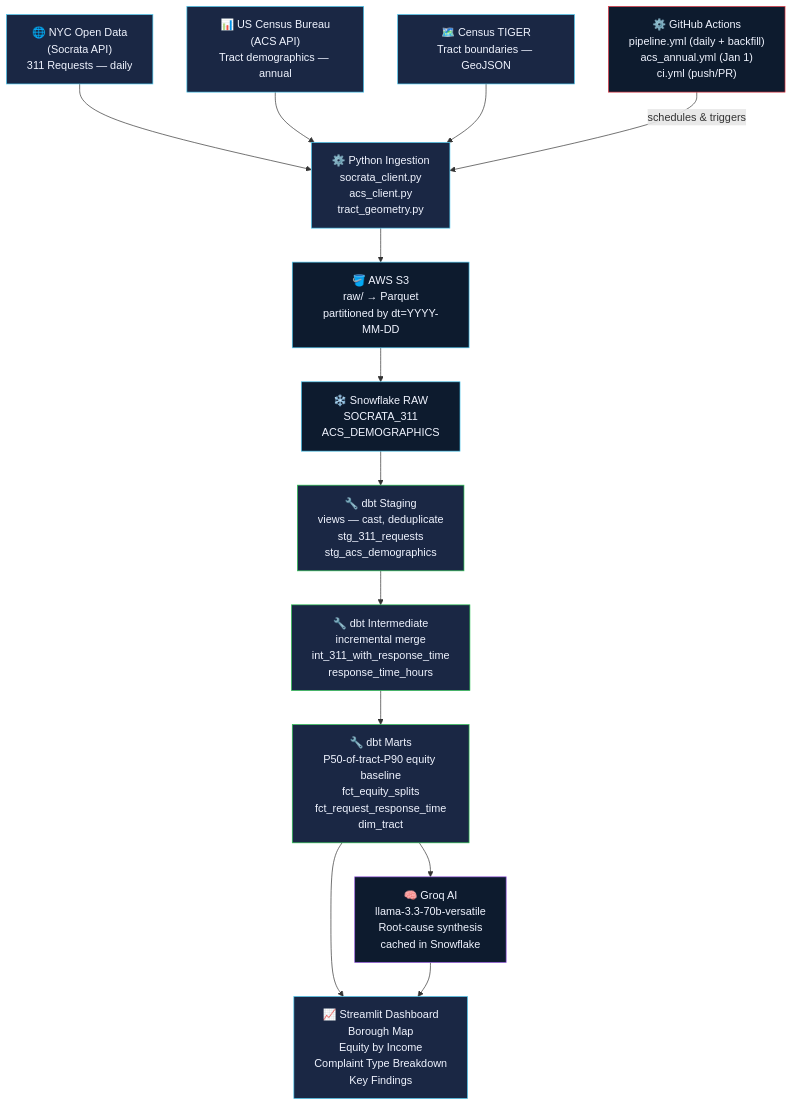
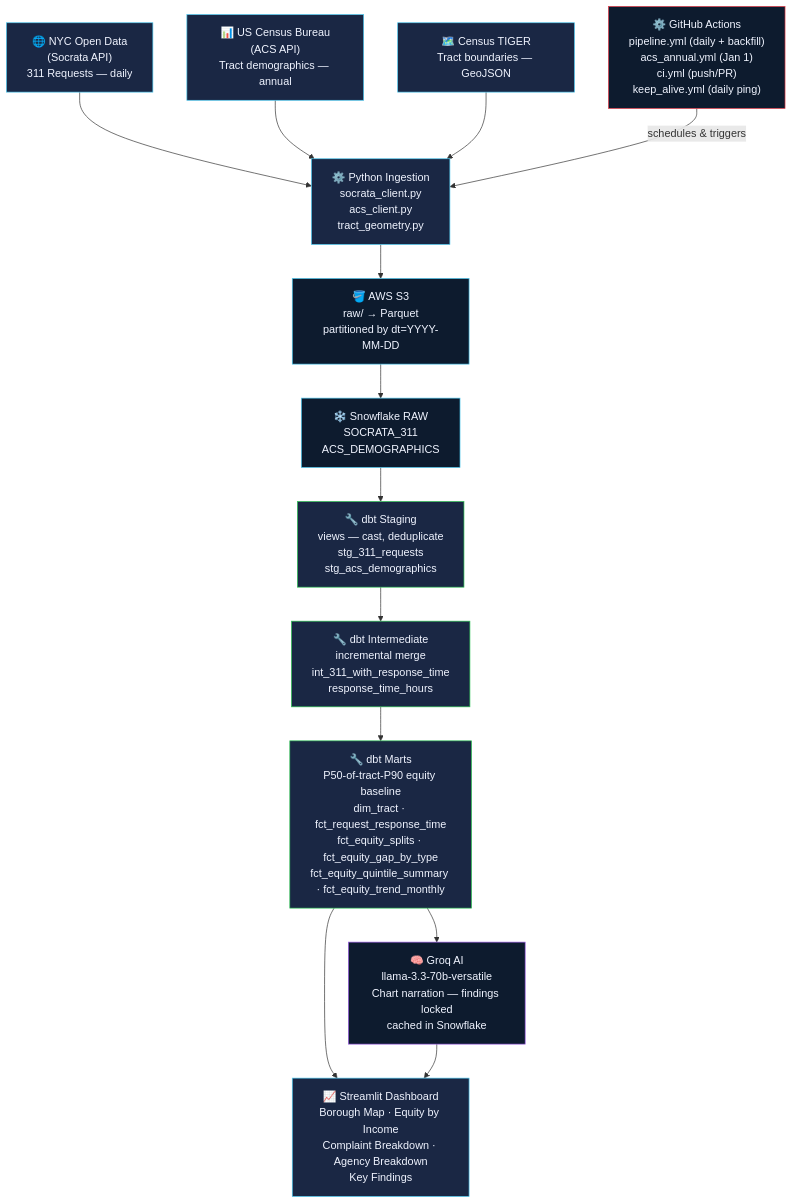
Before and after one commit to Souru0712/NYC-311-service-equity: the diagram in README.md, drawn with Mermaid. The commit also changed other lines of this file and 1 other file, not shown here.

````diff
--- a/README.md
+++ b/README.md
@@ -33,43 +33,43 @@
 ```mermaid
 flowchart TD
     A["🌐 NYC Open Data\n(Socrata API)\n311 Requests — daily"]:::source
     B["📊 US Census Bureau\n(ACS API)\nTract demographics — annual"]:::source
     C["🗺️ Census TIGER\nTract boundaries — GeoJSON"]:::source
 
     D["⚙️ Python Ingestion\nsocrata_client.py\nacs_client.py\ntract_geometry.py"]:::ingest
     E["🪣 AWS S3\nraw/ → Parquet\npartitioned by dt=YYYY-MM-DD"]:::storage
 
     F["❄️ Snowflake RAW\nSOCRATA_311\nACS_DEMOGRAPHICS"]:::warehouse
 
     H["🔧 dbt Staging\nviews — cast, deduplicate\nstg_311_requests\nstg_acs_demographics"]:::transform
     I["🔧 dbt Intermediate\nincremental merge\nint_311_with_response_time\nresponse_time_hours"]:::transform
-    J["🔧 dbt Marts\nP50-of-tract-P90 equity baseline\nfct_equity_splits\nfct_request_response_time\ndim_tract"]:::transform
+    J["🔧 dbt Marts\nP50-of-tract-P90 equity baseline\ndim_tract · fct_request_response_time\nfct_equity_splits · fct_equity_gap_by_type\nfct_equity_quintile_summary · fct_equity_trend_monthly"]:::transform
 
-    K["⚙️ GitHub Actions\npipeline.yml (daily + backfill)\nacs_annual.yml (Jan 1)\nci.yml (push/PR)"]:::orchestrate
+    K["⚙️ GitHub Actions\npipeline.yml (daily + backfill)\nacs_annual.yml (Jan 1)\nci.yml (push/PR)\nkeep_alive.yml (daily ping)"]:::orchestrate
 
-    L["📈 Streamlit Dashboard\nBorough Map\nEquity by Income\nComplaint Type Breakdown\nKey Findings"]:::dashboard
+    L["📈 Streamlit Dashboard\nBorough Map · Equity by Income\nComplaint Breakdown · Agency Breakdown\nKey Findings"]:::dashboard
 
-    M["🧠 Groq AI\nllama-3.3-70b-versatile\nRoot-cause synthesis\ncached in Snowflake"]:::ai
+    M["🧠 Groq AI\nllama-3.3-70b-versatile\nChart narration — findings locked\ncached in Snowflake"]:::ai
 
     A --> D
     B --> D
     C --> D
     D --> E
     E --> F
     F --> H
     H --> I
     I --> J
     J --> L
     J --> M
     M --> L
     K -->|"schedules & triggers"| D
 
     classDef source fill:#1a2744,stroke:#4CC9F0,color:#F0F4FF
     classDef ingest fill:#1a2744,stroke:#4CC9F0,color:#F0F4FF
     classDef storage fill:#0d1b2e,stroke:#4CC9F0,color:#F0F4FF
     classDef warehouse fill:#0d1b2e,stroke:#4CC9F0,color:#F0F4FF
     classDef transform fill:#1a2744,stroke:#2DC653,color:#F0F4FF
     classDef orchestrate fill:#0d1b2e,stroke:#E63946,color:#F0F4FF
     classDef dashboard fill:#1a2744,stroke:#4CC9F0,color:#F0F4FF
     classDef ai fill:#0d1b2e,stroke:#9B5DE5,color:#F0F4FF
 ```
````
